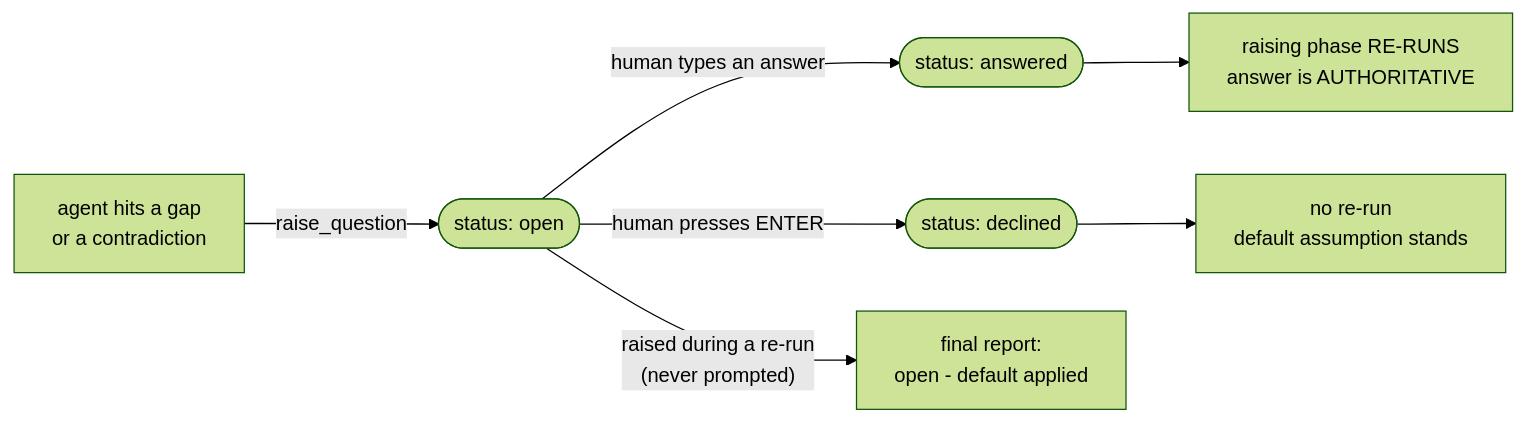
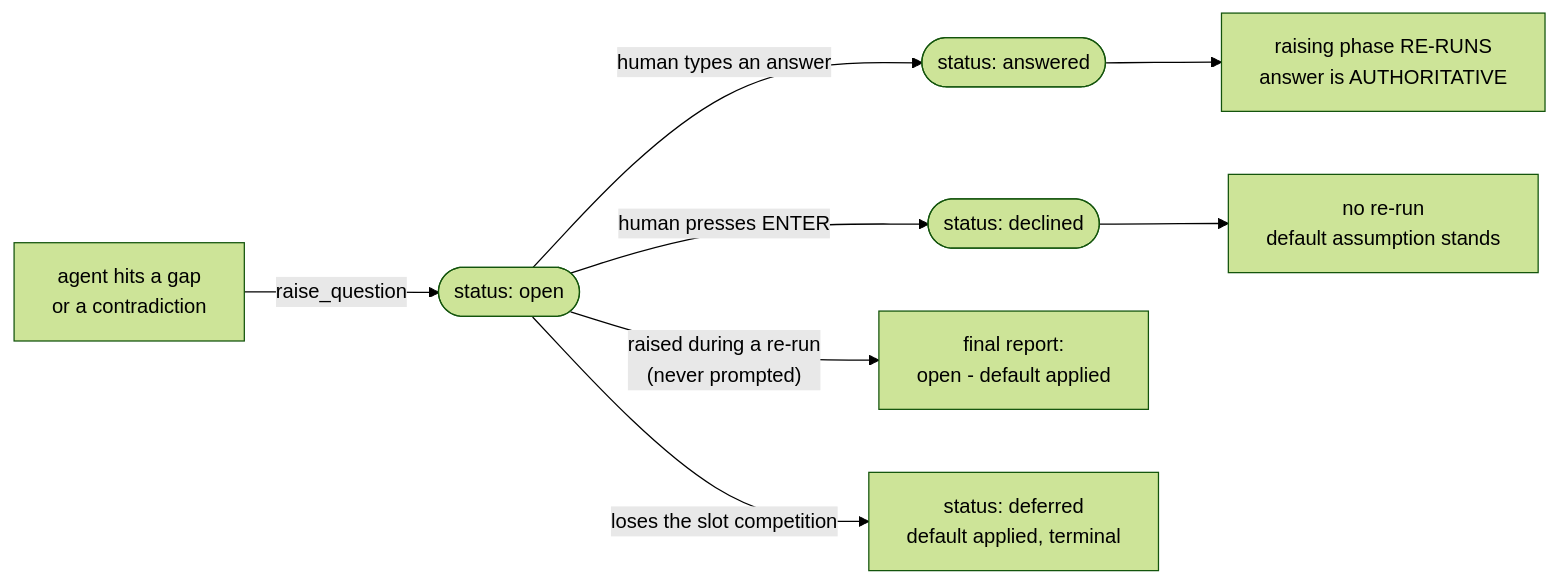
Before and after one commit to timothywong731/agent-framework-hotl: the second of 4 diagrams in README.md, drawn with Mermaid (forest theme). The commit also changed other lines of this file and 1 other file, not shown here.

Commit message:
docs: bounded ledger - slot competition, importance/impact, deferred lifecycle

````diff
--- a/README.md
+++ b/README.md
@@ -125,9 +131,10 @@
 ```mermaid
 flowchart LR
     A["agent hits a gap<br>or a contradiction"] -->|"raise_question"| O(["status: open"])
     O -->|"human types an answer"| AN(["status: answered"])
     O -->|"human presses ENTER"| DE(["status: declined"])
     O -->|"raised during a re-run<br>(never prompted)"| OP["final report:<br>open - default applied"]
+    O -->|"loses the slot competition"| DEF["status: deferred<br>default applied, terminal"]
     AN --> RR["raising phase RE-RUNS<br>answer is AUTHORITATIVE"]
     DE --> DF["no re-run<br>default assumption stands"]
 ```
````
